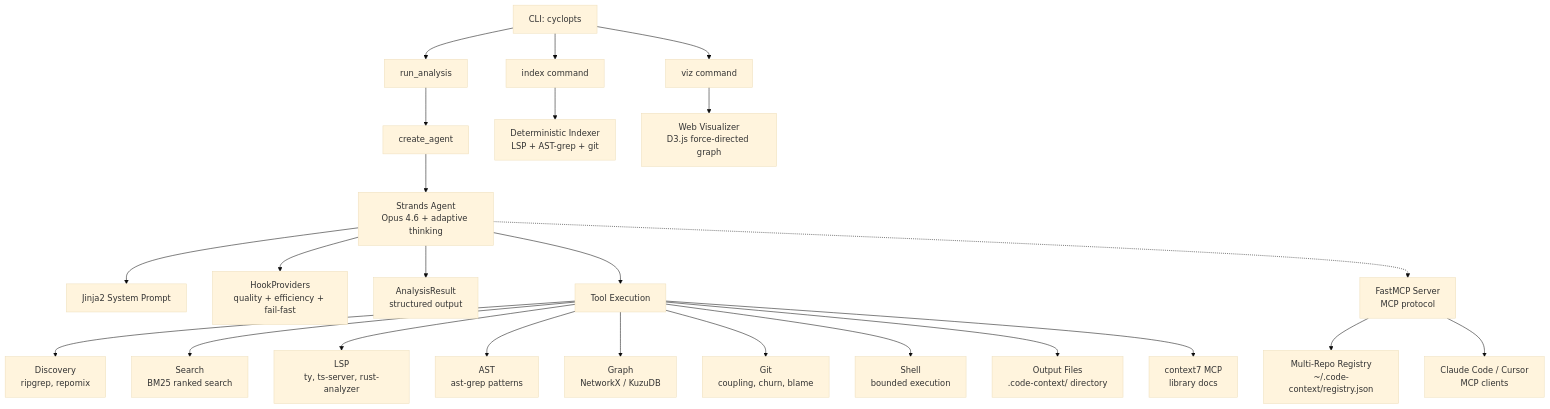
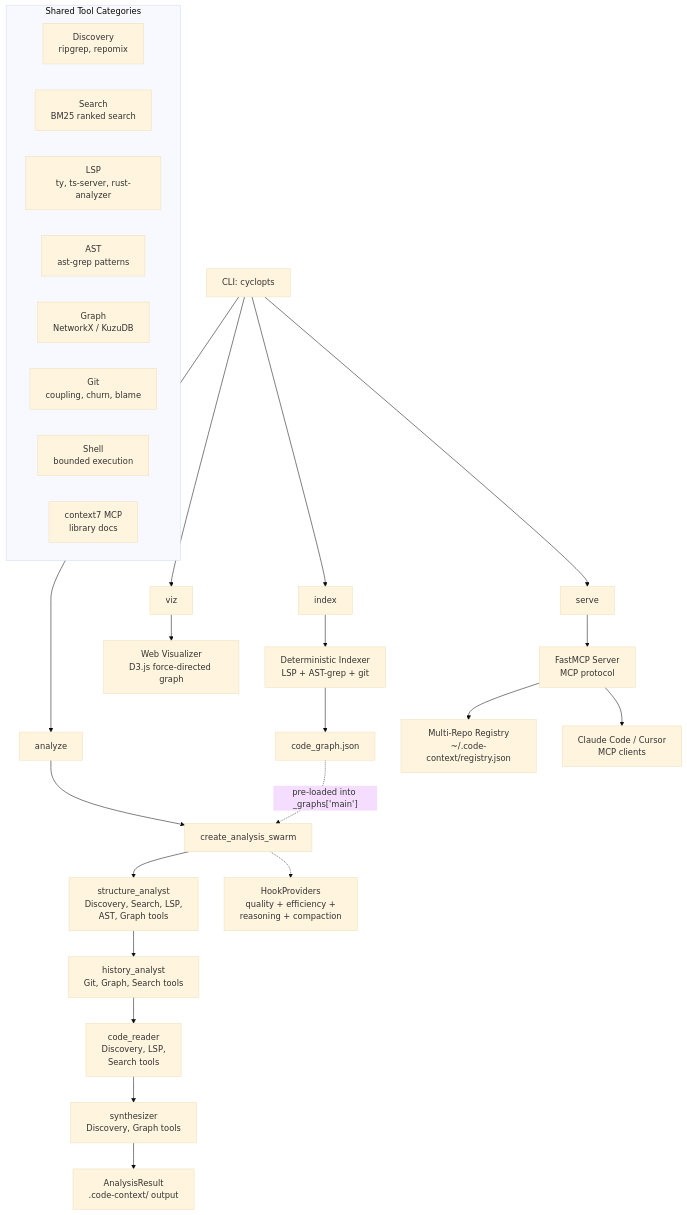
One commit to theagenticguy/code-context-agent changed the diagram in docs/architecture/overview.md. Above: the diagram before and after it, drawn with Mermaid (base theme). The commit also changed other lines of this file and 16 other files, not shown here.

````diff
--- a/docs/architecture/overview.md
+++ b/docs/architecture/overview.md
@@ -5,26 +5,36 @@
 ```mermaid
 flowchart TD
-    A[CLI: cyclopts] --> B[run_analysis]
-    A --> IDX[index command]
-    A --> VIZ[viz command]
-    B --> C[create_agent]
+    A[CLI: cyclopts] --> AN[analyze]
+    A --> IDX[index]
+    A --> VIZ[viz]
+    A --> SRV[serve]
+
     IDX --> IDXP[Deterministic Indexer<br/>LSP + AST-grep + git]
+    IDXP --> GJ[code_graph.json]
     VIZ --> VIZS[Web Visualizer<br/>D3.js force-directed graph]
-    C --> D[Strands Agent<br/>Opus 4.6 + adaptive thinking]
-    D --> E[Jinja2 System Prompt]
-    D --> F[HookProviders<br/>quality + efficiency + fail-fast]
-    D --> G[AnalysisResult<br/>structured output]
-    D --> H[Tool Execution]
-    H --> I[Discovery<br/>ripgrep, repomix]
-    H --> S[Search<br/>BM25 ranked search]
-    H --> J[LSP<br/>ty, ts-server, rust-analyzer]
-    H --> K[AST<br/>ast-grep patterns]
-    H --> L[Graph<br/>NetworkX / KuzuDB]
-    H --> M[Git<br/>coupling, churn, blame]
-    H --> N[Shell<br/>bounded execution]
-    H --> O[Output Files<br/>.code-context/ directory]
-    H --> P[context7 MCP<br/>library docs]
-    D -.-> Q[FastMCP Server<br/>MCP protocol]
+
+    AN --> SW[create_analysis_swarm]
+    GJ -.->|"pre-loaded into _graphs['main']"| SW
+    SW --> S1[structure_analyst<br/>Discovery, Search, LSP,<br/>AST, Graph tools]
+    S1 --> S2[history_analyst<br/>Git, Graph, Search tools]
+    S2 --> S3[code_reader<br/>Discovery, LSP,<br/>Search tools]
+    S3 --> S4[synthesizer<br/>Discovery, Graph tools]
+    S4 --> OUT[AnalysisResult<br/>.code-context/ output]
+
+    SW -.-> HK[HookProviders<br/>quality + efficiency +<br/>reasoning + compaction]
+
+    SRV --> Q[FastMCP Server<br/>MCP protocol]
     Q --> REG[Multi-Repo Registry<br/>~/.code-context/registry.json]
     Q --> R[Claude Code / Cursor<br/>MCP clients]
+
+    subgraph tools [Shared Tool Categories]
+        I[Discovery<br/>ripgrep, repomix]
+        SR[Search<br/>BM25 ranked search]
+        J[LSP<br/>ty, ts-server, rust-analyzer]
+        K[AST<br/>ast-grep patterns]
+        L[Graph<br/>NetworkX / KuzuDB]
+        M[Git<br/>coupling, churn, blame]
+        N[Shell<br/>bounded execution]
+        P[context7 MCP<br/>library docs]
+    end
 ```
````
